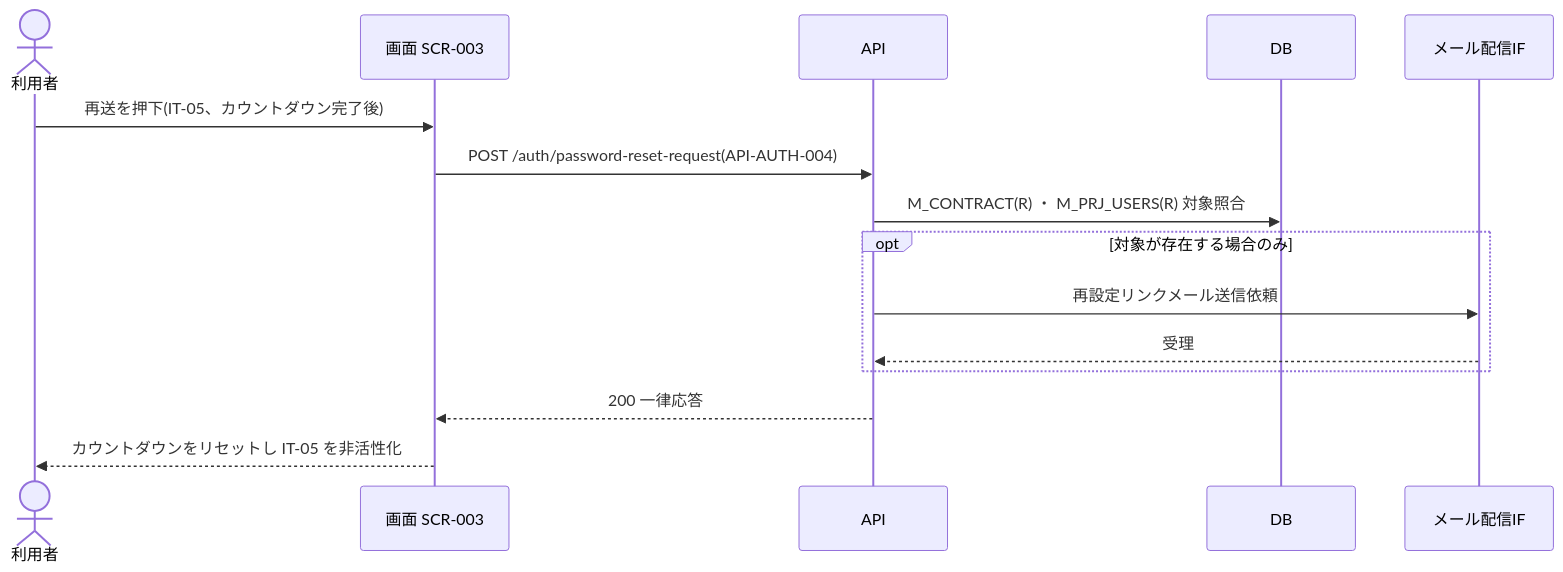
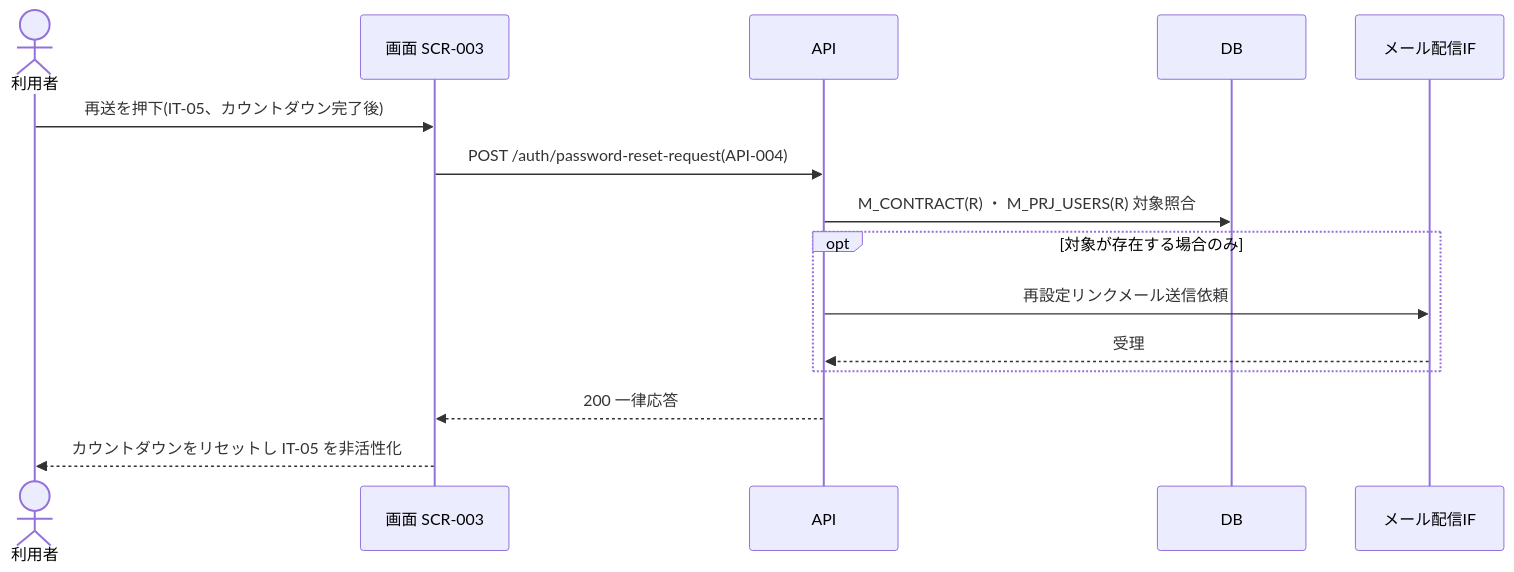
One commit to sikakou54/open-faq changed the diagram in 01_requirements/02_business_usecases/UC-021.md. Above: the diagram before and after it, drawn with Mermaid. The commit also changed other lines of this file and 321 other files, not shown here.

````diff
--- a/01_requirements/02_business_usecases/UC-021.md
+++ b/01_requirements/02_business_usecases/UC-021.md
@@ -38,17 +38,17 @@
 ```mermaid
 sequenceDiagram
   actor U as 利用者
   participant S as 画面 SCR-003
   participant API as API
   participant DB as DB
   participant ML as メール配信IF
   U->>S: 再送を押下(IT-05、カウントダウン完了後)
-  S->>API: POST /auth/password-reset-request(API-AUTH-004)
+  S->>API: POST /auth/password-reset-request(API-004)
   API->>DB: M_CONTRACT(R) ・ M_PRJ_USERS(R) 対象照合
   opt 対象が存在する場合のみ
     API->>ML: 再設定リンクメール送信依頼
     ML-->>API: 受理
   end
   API-->>S: 200 一律応答
   S-->>U: カウントダウンをリセットし IT-05 を非活性化
 ```
````
